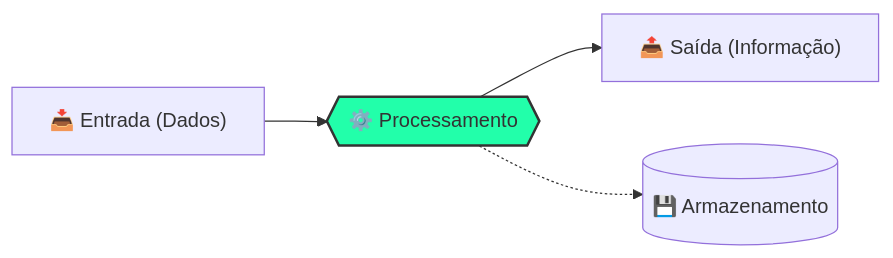
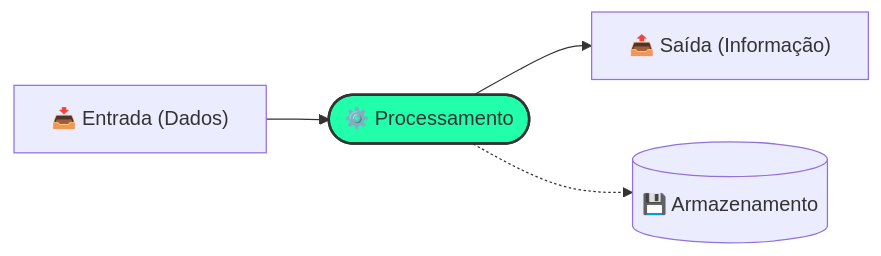
Before and after one commit to ricardotecpro/ads_mod_01_fundamentos_da_computacao: the diagram in docs/aulas/aula-01.md, drawn with Mermaid. The commit also changed other lines of this file, not shown here.

````diff
--- a/docs/aulas/aula-01.md
+++ b/docs/aulas/aula-01.md
@@ -28,7 +28,7 @@
 ```mermaid
 graph LR
-    A["📥 Entrada (Dados)"] --> B{{"⚙️ Processamento"}}
+    A["📥 Entrada (Dados)"] --> B(["⚙️ Processamento"])
     B --> C["📤 Saída (Informação)"]
     B -.-> D[("💾 Armazenamento")]
     style B fill:#2fa,stroke:#333,stroke-width:2px
 ```
````
